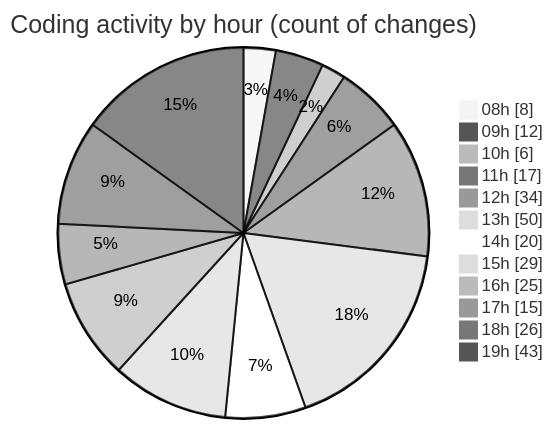
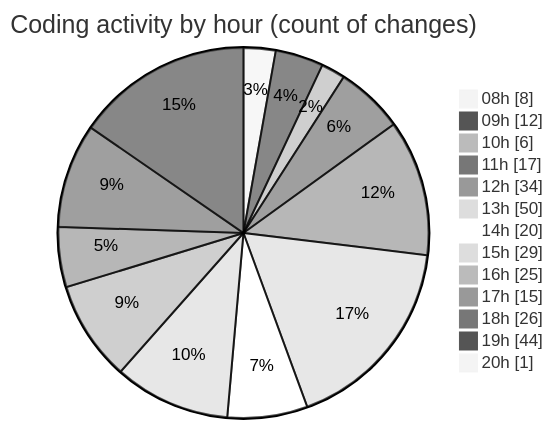
Before and after one commit to momahboobian/code-tracking: the second of 2 diagrams in 2025-09-15/cda/README.md, drawn with Mermaid (neutral theme). The commit also changed other lines of this file and 1 other file, not shown here.

````diff
--- a/2025-09-15/cda/README.md
+++ b/2025-09-15/cda/README.md
@@ -37,16 +37,17 @@
 ```mermaid
 pie showData
 title Coding activity by hour (count of changes)
 "08h" : 8
 "09h" : 12
 "10h" : 6
 "11h" : 17
 "12h" : 34
 "13h" : 50
 "14h" : 20
 "15h" : 29
 "16h" : 25
 "17h" : 15
 "18h" : 26
-"19h" : 43
+"19h" : 44
+"20h" : 1
 ```
````
